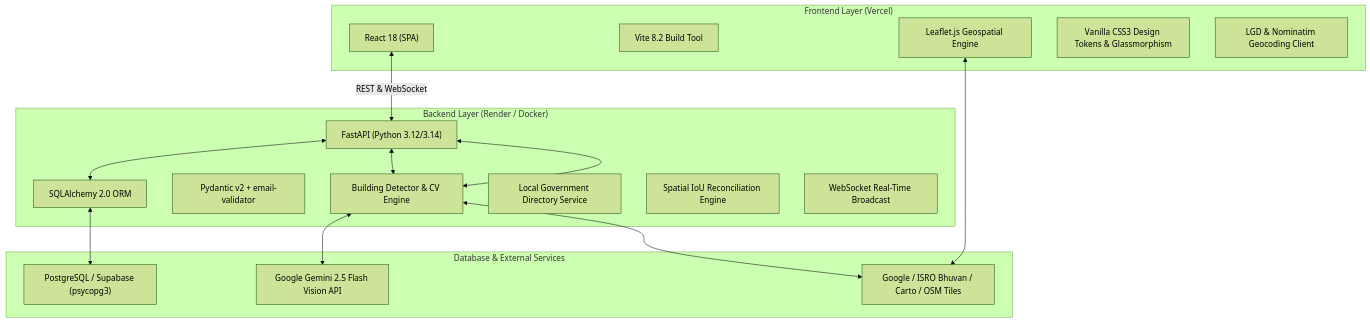
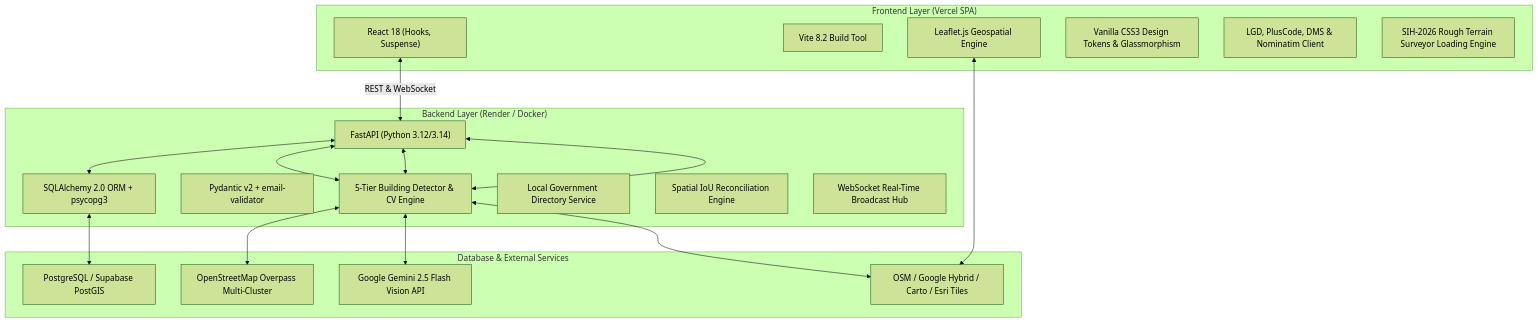
One commit to shivansh-212/sih-2026 changed the first of 3 diagrams in ARCHITECTURE_AND_IMPLEMENTATION_DEEP_DIVE.md. Above: the diagram before and after it, drawn with Mermaid (forest theme). The commit also changed other lines of this file and 6 other files, not shown here.

Commit message:
feat(tutorial): add interactive animated onboarding walkthrough and update platform architecture specifications

````diff
--- a/ARCHITECTURE_AND_IMPLEMENTATION_DEEP_DIVE.md
+++ b/ARCHITECTURE_AND_IMPLEMENTATION_DEEP_DIVE.md
@@ -73,32 +79,35 @@
 ```mermaid
 flowchart TD
-    subgraph Frontend ["Frontend Layer (Vercel)"]
-        React["React 18 (SPA)"]
+    subgraph Frontend ["Frontend Layer (Vercel SPA)"]
+        React["React 18 (Hooks, Suspense)"]
         Vite["Vite 8.2 Build Tool"]
         Leaflet["Leaflet.js Geospatial Engine"]
         CSS["Vanilla CSS3 Design Tokens & Glassmorphism"]
-        Geocoding["LGD & Nominatim Geocoding Client"]
+        Geocoding["LGD, PlusCode, DMS & Nominatim Client"]
+        LoadingScreen["SIH-2026 Rough Terrain Surveyor Loading Engine"]
     end
 
     subgraph Backend ["Backend Layer (Render / Docker)"]
         FastAPI["FastAPI (Python 3.12/3.14)"]
-        SQLAlchemy["SQLAlchemy 2.0 ORM"]
+        SQLAlchemy["SQLAlchemy 2.0 ORM + psycopg3"]
         Pydantic["Pydantic v2 + email-validator"]
-        Detector["Building Detector & CV Engine"]
+        Detector["5-Tier Building Detector & CV Engine"]
         LGDService["Local Government Directory Service"]
         Reconcile["Spatial IoU Reconciliation Engine"]
-        WebSocket["WebSocket Real-Time Broadcast"]
+        WebSocket["WebSocket Real-Time Broadcast Hub"]
     end
 
     subgraph Storage ["Database & External Services"]
-        PostgreSQL["PostgreSQL / Supabase (psycopg3)"]
+        PostgreSQL["PostgreSQL / Supabase PostGIS"]
+        Overpass["OpenStreetMap Overpass Multi-Cluster"]
         Gemini["Google Gemini 2.5 Flash Vision API"]
-        TileServers["Google / ISRO Bhuvan / Carto / OSM Tiles"]
+        TileServers["OSM / Google Hybrid / Carto / Esri Tiles"]
     end
 
     React <-->|REST & WebSocket| FastAPI
     FastAPI <--> SQLAlchemy <--> PostgreSQL
+    FastAPI <--> Detector <--> Overpass
     FastAPI <--> Detector <--> Gemini
     FastAPI <--> Detector <--> TileServers
     Leaflet <--> TileServers
 ```
````
